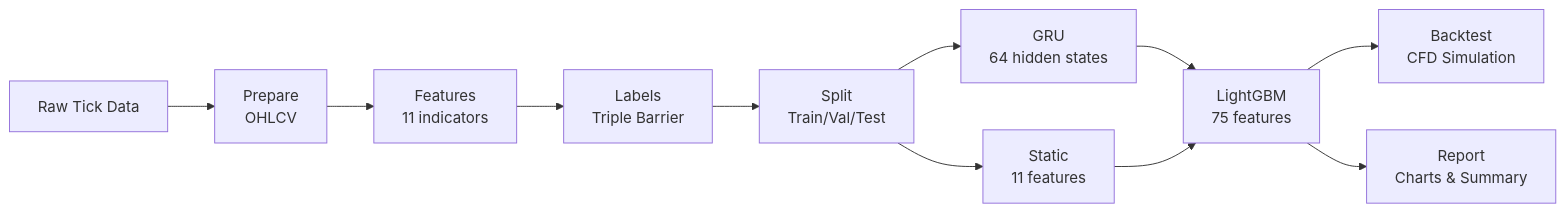
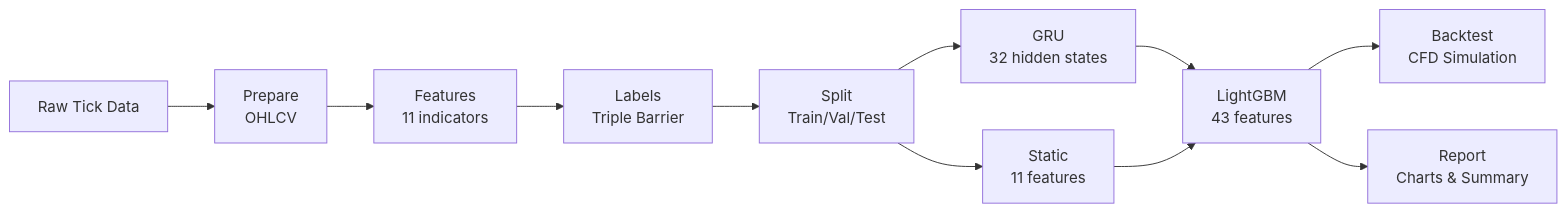
Before and after one commit to ultimateBroK/thesis-hybrid-stacking: the first of 7 diagrams in docs/ARCHITECTURE.md, drawn with Mermaid. The commit also changed other lines of this file and 25 other files, not shown here.

````diff
--- a/docs/ARCHITECTURE.md
+++ b/docs/ARCHITECTURE.md
@@ -21,16 +21,16 @@
 ```mermaid
 flowchart LR
     A["Raw Tick Data"] --> B["Prepare<br/>OHLCV"]
     B --> C["Features<br/>11 indicators"]
     C --> D["Labels<br/>Triple Barrier"]
     D --> E["Split<br/>Train/Val/Test"]
 
-    E --> F["GRU<br/>64 hidden states"]
+    E --> F["GRU<br/>32 hidden states"]
     E --> G["Static<br/>11 features"]
 
-    F --> H["LightGBM<br/>75 features"]
+    F --> H["LightGBM<br/>43 features"]
     G --> H
 
     H --> I["Backtest<br/>CFD Simulation"]
     H --> J["Report<br/>Charts & Summary"]
 ```
````
